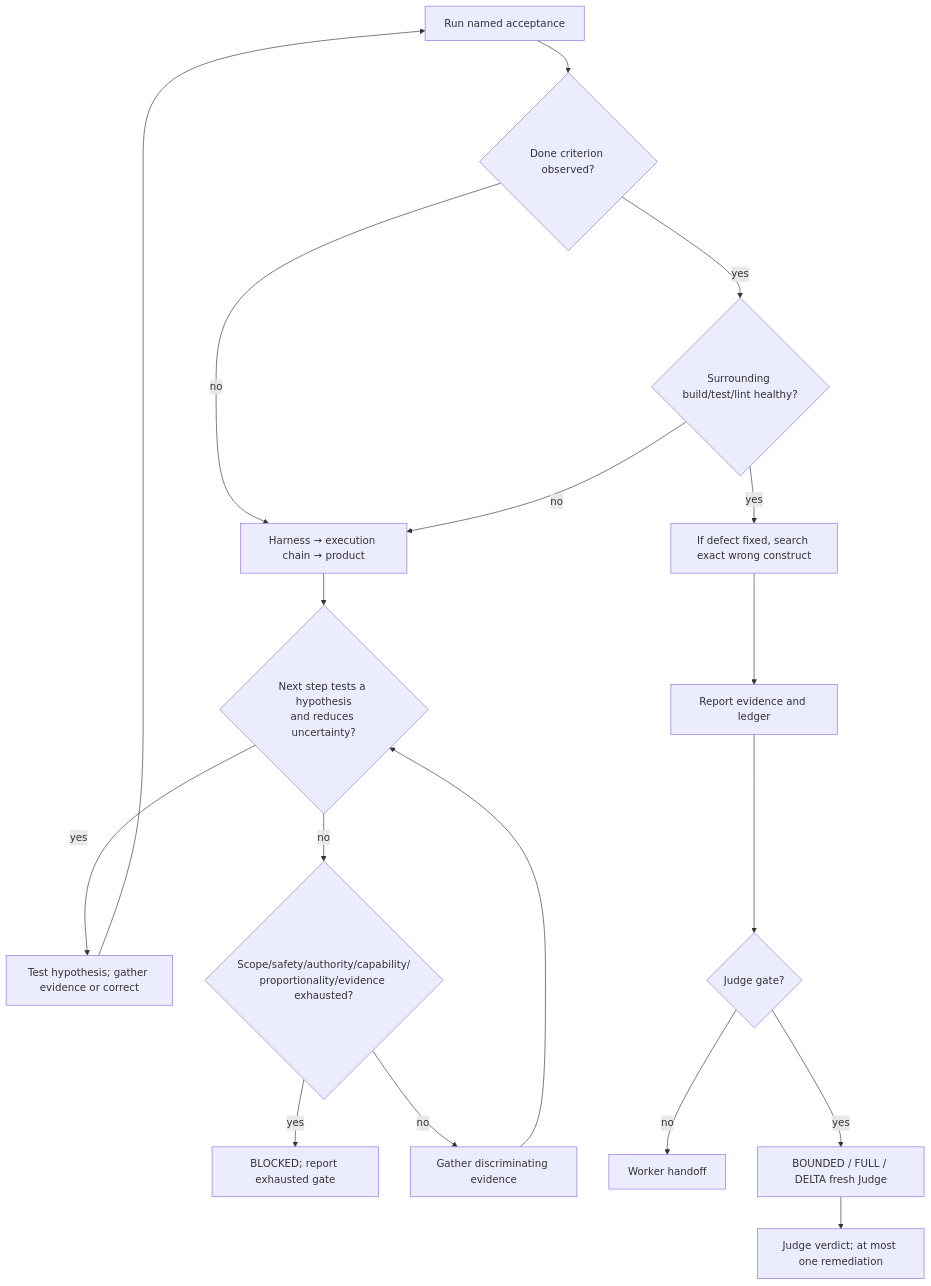
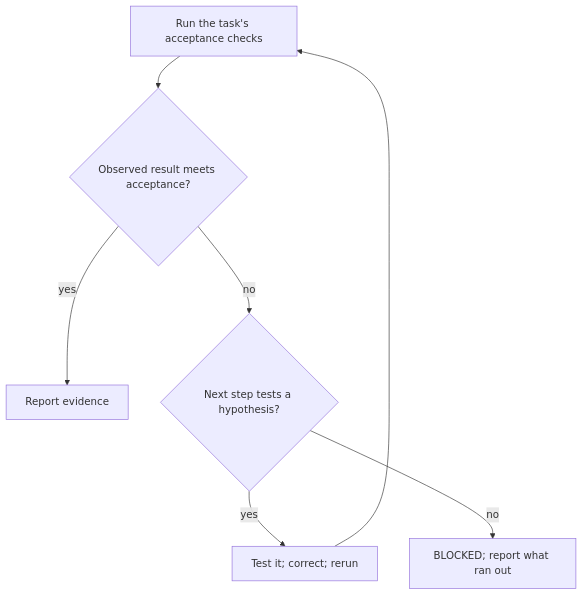
Before and after one commit to kelvinhuang0327/skill: the third of 4 diagrams in fable-method/platforms/antigravity/fable-method/references/flowcharts.md, drawn with Mermaid. The commit also changed other lines of this file and 56 other files, not shown here.

````diff
--- a/fable-method/platforms/antigravity/fable-method/references/flowcharts.md
+++ b/fable-method/platforms/antigravity/fable-method/references/flowcharts.md
@@ -83,20 +48,9 @@
 ```mermaid
 flowchart TD
-    RUN["Run named acceptance"] --> A{"Done criterion observed?"}
-    A -->|no| LADDER["Harness → execution chain → product"]
-    A -->|yes| B{"Surrounding build/test/lint healthy?"}
-    B -->|no| LADDER
-    B -->|yes| TWIN["If defect fixed, search exact wrong construct"]
-    TWIN --> REPORT["Report evidence and ledger"]
-    LADDER --> PROGRESS{"Next step tests a hypothesis<br/>and reduces uncertainty?"}
-    PROGRESS -->|yes| STEP["Test hypothesis; gather evidence or correct"]
-    STEP --> RUN
-    PROGRESS -->|no| EXHAUST{"Scope/safety/authority/capability/<br/>proportionality/evidence exhausted?"}
-    EXHAUST -->|yes| STOP["BLOCKED; report exhausted gate"]
-    EXHAUST -->|no| DISC["Gather discriminating evidence"]
-    DISC --> PROGRESS
-    REPORT --> GATE{"Judge gate?"}
-    GATE -->|no| HANDOFF["Worker handoff"]
-    GATE -->|yes| DEPTH["BOUNDED / FULL / DELTA fresh Judge"]
-    DEPTH --> VERDICT["Judge verdict; at most one remediation"]
+    RUN["Run the task's acceptance checks"] --> A{"Observed result meets acceptance?"}
+    A -->|yes| REPORT["Report evidence"]
+    A -->|no| HYP{"Next step tests a hypothesis?"}
+    HYP -->|yes| FIX["Test it; correct; rerun"]
+    FIX --> RUN
+    HYP -->|no| STOP["BLOCKED; report what ran out"]
 ```
````
